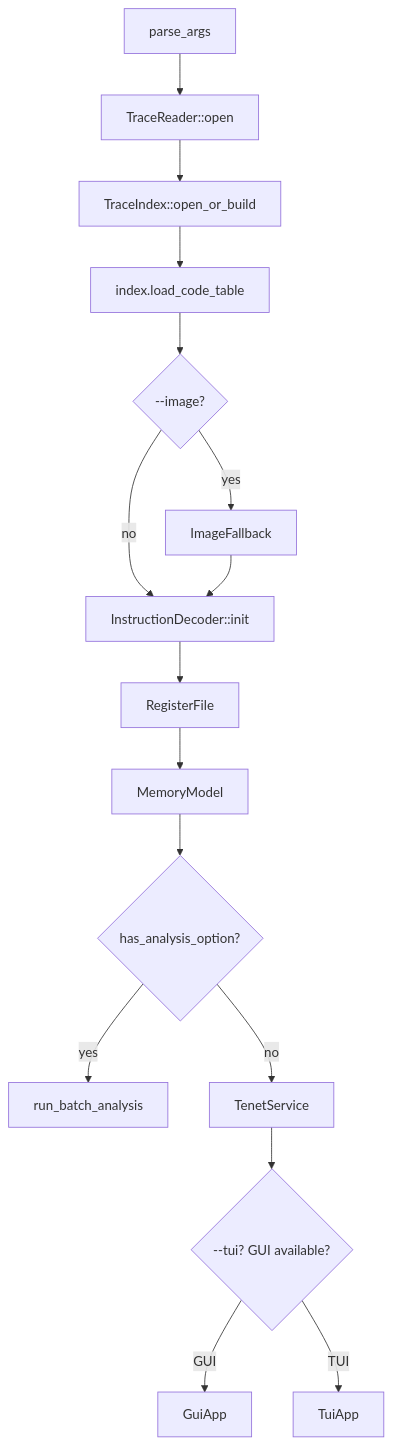
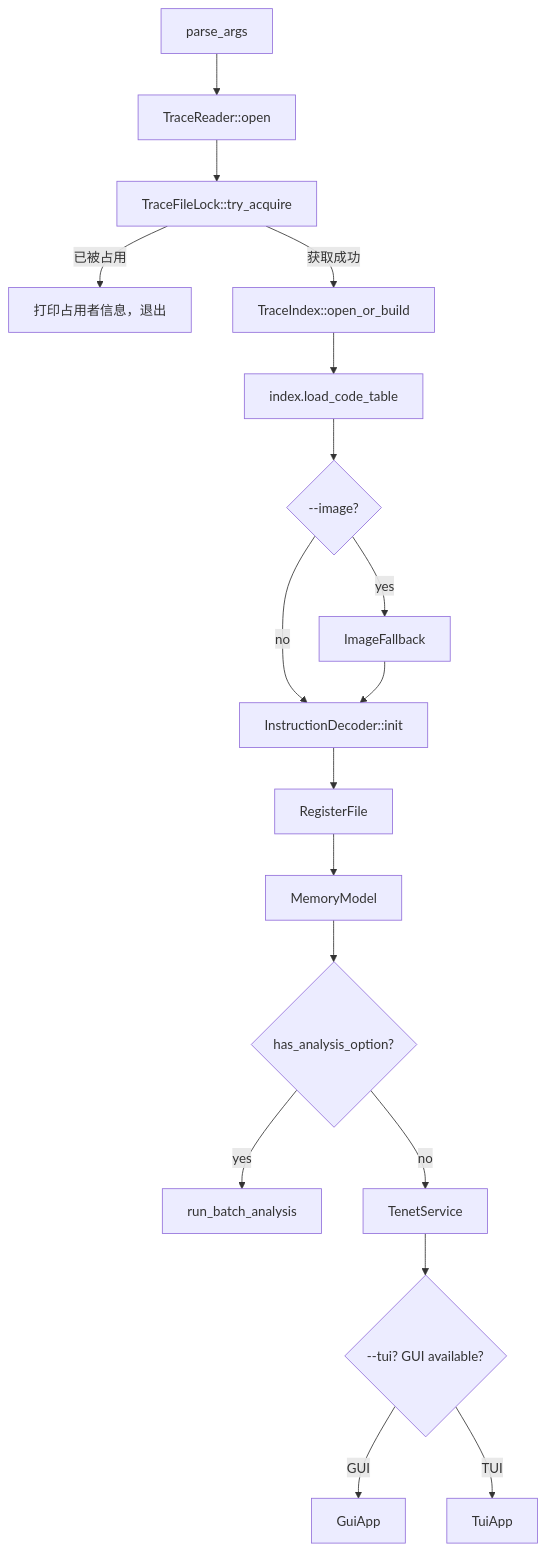
One commit to fuckreverse/retrace changed the second of 2 diagrams in slowmo/docs/ARCHITECTURE.md. Above: the diagram before and after it, drawn with Mermaid. The commit also changed other lines of this file and 23 other files, not shown here.

````diff
--- a/slowmo/docs/ARCHITECTURE.md
+++ b/slowmo/docs/ARCHITECTURE.md
@@ -29,18 +29,20 @@
 ```mermaid
 flowchart TD
     A[parse_args] --> B[TraceReader::open]
-    B --> C[TraceIndex::open_or_build]
+    B --> LOCK[TraceFileLock::try_acquire]
+    LOCK -- 已被占用 --> FAIL[打印占用者信息，退出]
+    LOCK -- 获取成功 --> C[TraceIndex::open_or_build]
     C --> D[index.load_code_table]
     D --> E{--image?}
     E -- yes --> F[ImageFallback]
     E -- no --> G[InstructionDecoder::init]
     F --> G
     G --> H[RegisterFile]
     H --> I[MemoryModel]
     I --> J{has_analysis_option?}
     J -- yes --> K[run_batch_analysis]
     J -- no --> L[TenetService]
     L --> M{--tui? GUI available?}
     M -- GUI --> N[GuiApp]
     M -- TUI --> O[TuiApp]
 ```
````
